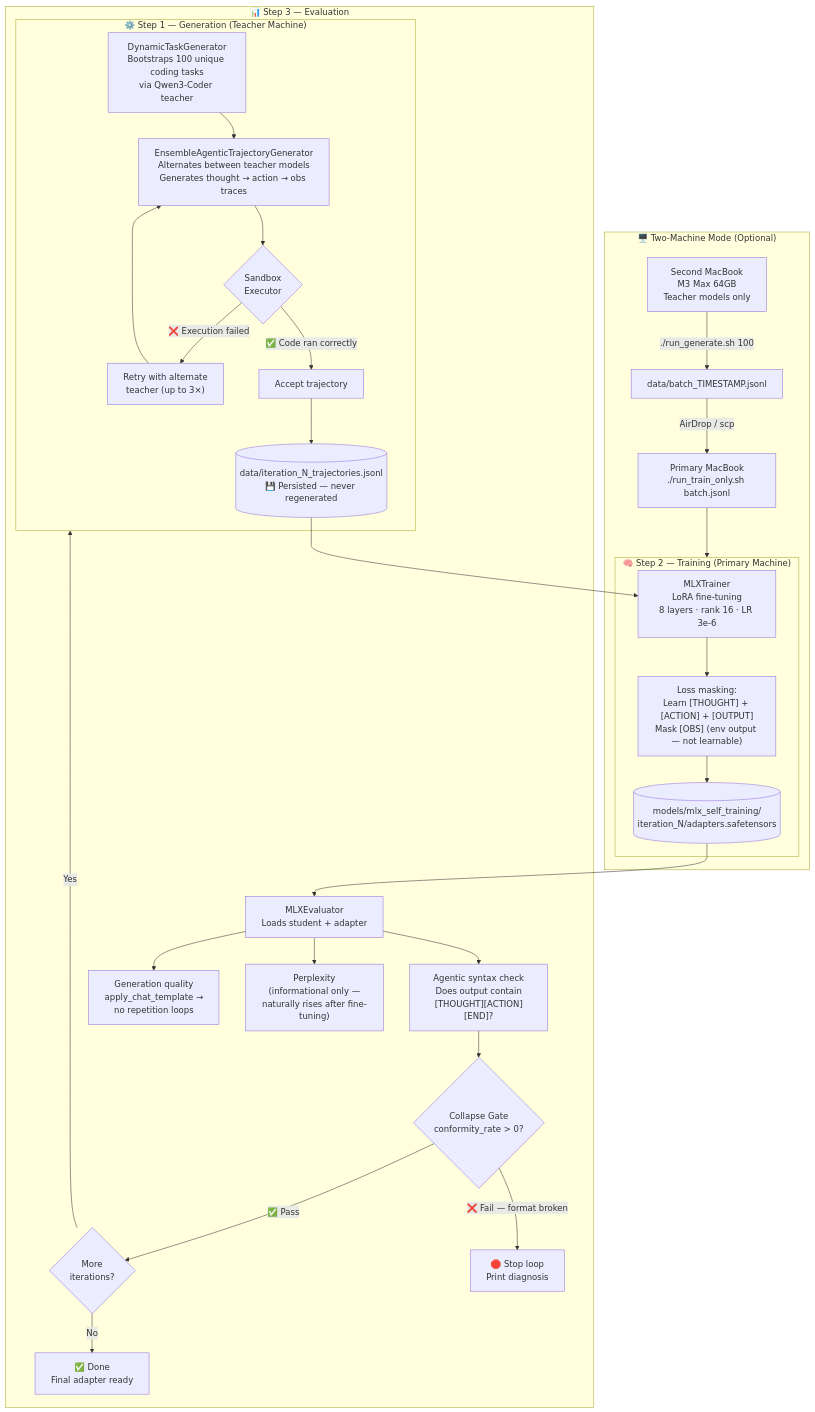
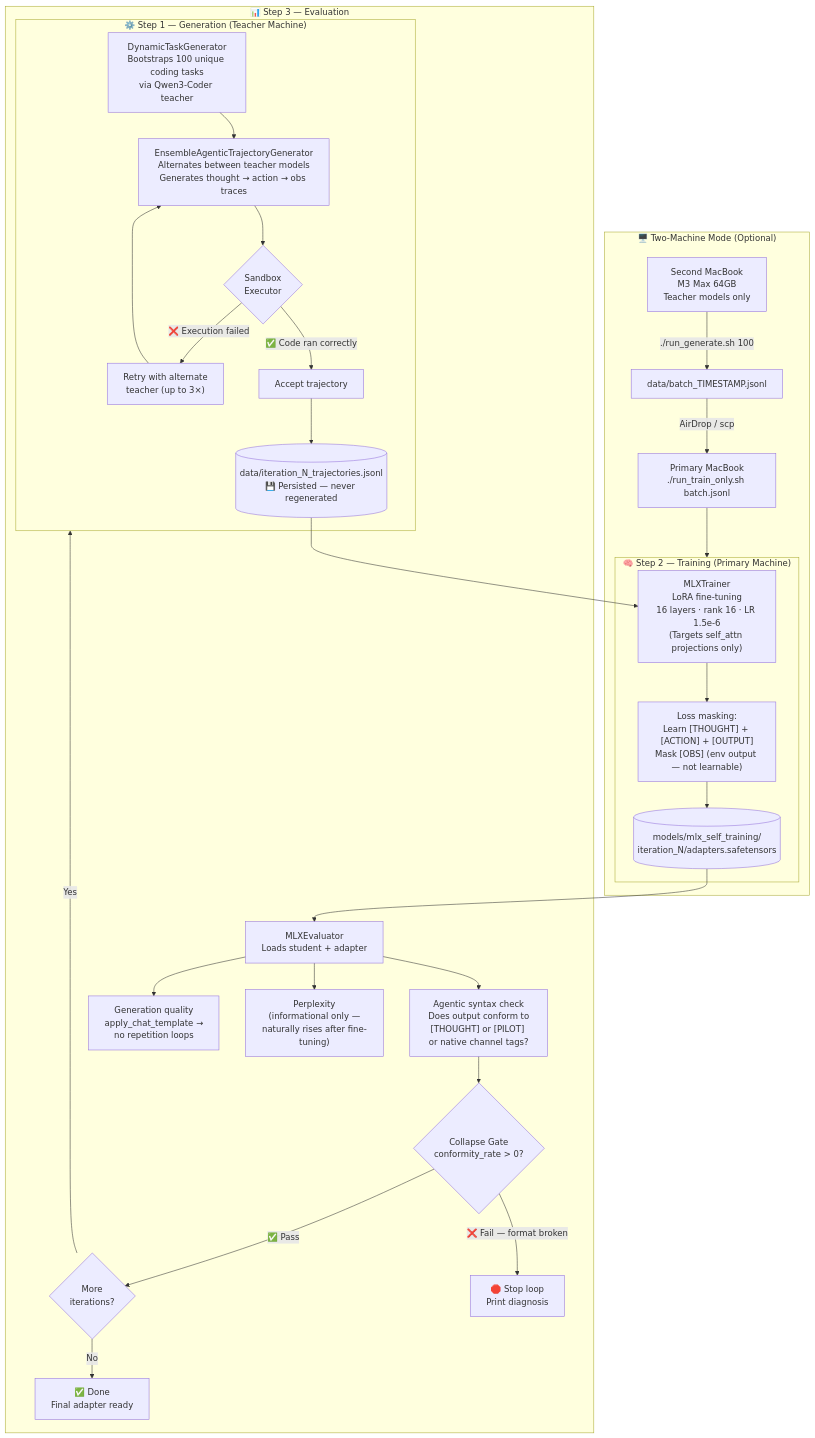
Before and after one commit to True2456/DingoAI: the diagram in README.md, drawn with Mermaid. The commit also changed other lines of this file and 4 other files, not shown here.

Commit message:
Fix MoE LoRA keys matching, isolate sandbox cwd, and align evaluator to pilot tags

````diff
--- a/README.md
+++ b/README.md
@@ -7,35 +7,35 @@
 ```mermaid
 flowchart TD
     subgraph GENERATE["⚙️ Step 1 — Generation (Teacher Machine)"]
         A["DynamicTaskGenerator\nBootstraps 100 unique coding tasks\nvia Qwen3-Coder teacher"] --> B["EnsembleAgenticTrajectoryGenerator\nAlternates between teacher models\nGenerates thought → action → obs traces"]
         B --> C{"Sandbox\nExecutor"}
         C -->|"✅ Code ran correctly"| D["Accept trajectory"]
         C -->|"❌ Execution failed"| E["Retry with alternate\nteacher (up to 3×)"]
         E --> B
         D --> F[("data/iteration_N_trajectories.jsonl\n💾 Persisted — never regenerated")]
     end
 
     subgraph TRAIN["🧠 Step 2 — Training (Primary Machine)"]
-        F --> G["MLXTrainer\nLoRA fine-tuning\n8 layers · rank 16 · LR 3e-6"]
+        F --> G["MLXTrainer\nLoRA fine-tuning\n16 layers · rank 16 · LR 1.5e-6\n(Targets self_attn projections only)"]
         G --> H["Loss masking:\nLearn [THOUGHT] + [ACTION] + [OUTPUT]\nMask [OBS] (env output — not learnable)"]
         H --> I[("models/mlx_self_training/\niteration_N/adapters.safetensors")]
     end
 
     subgraph EVAL["📊 Step 3 — Evaluation"]
         I --> J["MLXEvaluator\nLoads student + adapter"]
-        J --> K["Agentic syntax check\nDoes output contain\n[THOUGHT][ACTION][END]?"]
+        J --> K["Agentic syntax check\nDoes output conform to\n[THOUGHT] or [PILOT] or native channel tags?"]
         J --> L["Generation quality\napply_chat_template →\nno repetition loops"]
         J --> M["Perplexity\n(informational only —\nnaturally rises after fine-tuning)"]
         K --> N{"Collapse Gate\nconformity_rate > 0?"}
         N -->|"✅ Pass"| O{"More\niterations?"}
         N -->|"❌ Fail — format broken"| P["🛑 Stop loop\nPrint diagnosis"]
         O -->|"Yes"| GENERATE
         O -->|"No"| Q["✅ Done\nFinal adapter ready"]
     end
 
     subgraph TWOMACHINE["🖥️ Two-Machine Mode (Optional)"]
         R["Second MacBook\nM3 Max 64GB\nTeacher models only"] -->|"./run_generate.sh 100"| S["data/batch_TIMESTAMP.jsonl"]
         S -->|"AirDrop / scp"| T["Primary MacBook\n./run_train_only.sh batch.jsonl"]
         T --> TRAIN
     end
 ```
````
